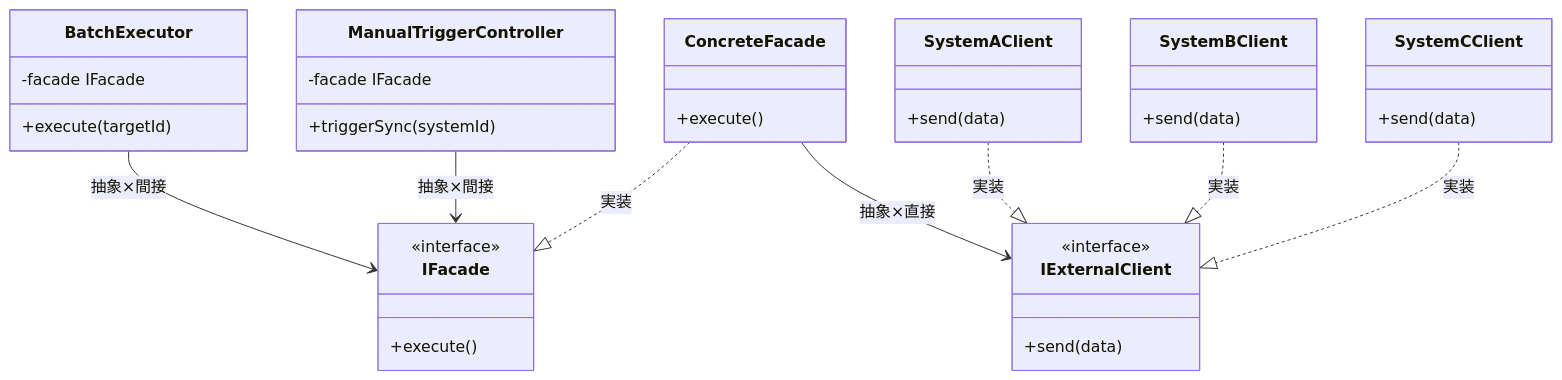
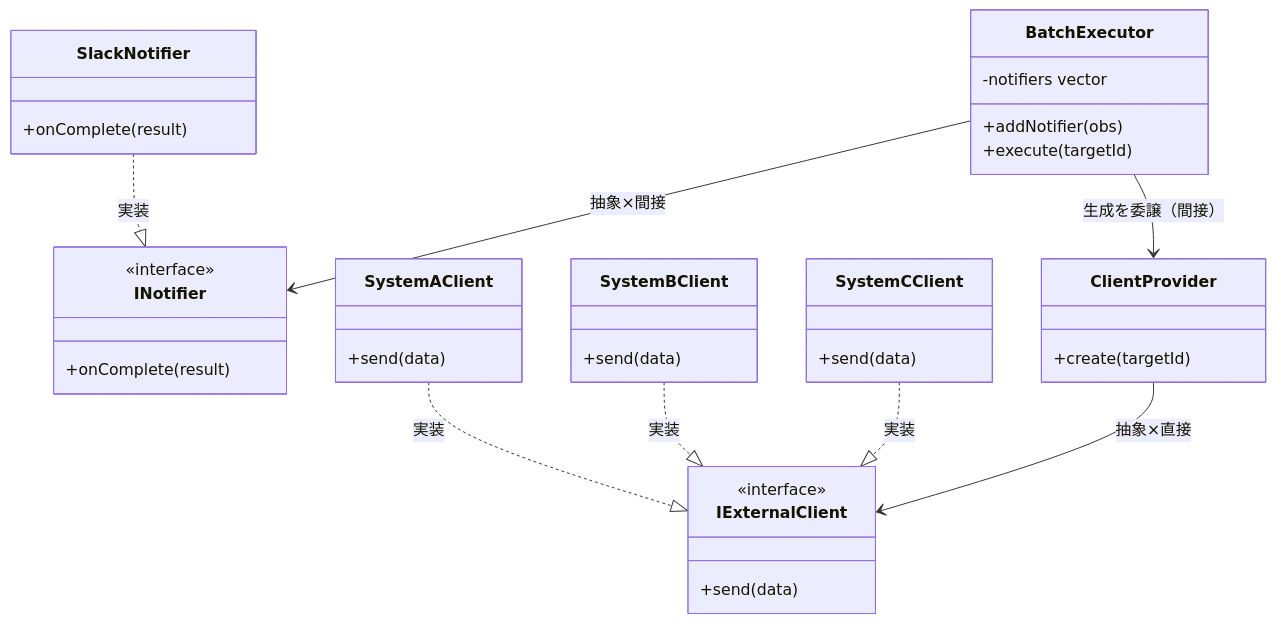
The seventh of 10 diagrams in kindle/design-patterns/output/chapter10.md (kumachan1101-pixel/DesignPattern), drawn with Mermaid before and after one commit. The commit also changed other lines of this file and 1 other file, not shown here.

````diff
--- a/kindle/design-patterns/output/chapter10.md
+++ b/kindle/design-patterns/output/chapter10.md
@@ -774,38 +774,38 @@
 ```mermaid
 classDiagram
-    class IFacade {
-        <<interface>>
-        +execute()
-    }
     class IExternalClient {
         <<interface>>
         +send(data)
     }
+    class INotifier {
+        <<interface>>
+        +onComplete(result)
+    }
     class BatchExecutor {
-        -facade IFacade
+        -notifiers vector
+        +addNotifier(obs)
         +execute(targetId)
     }
-    class ManualTriggerController {
-        -facade IFacade
-        +triggerSync(systemId)
-    }
-    class ConcreteFacade {
-        +execute()
+    class ClientProvider {
+        +create(targetId)
     }
     class SystemAClient {
         +send(data)
     }
     class SystemBClient {
         +send(data)
     }
     class SystemCClient {
         +send(data)
     }
-    ConcreteFacade ..|> IFacade : 実装
+    class SlackNotifier {
+        +onComplete(result)
+    }
     SystemAClient ..|> IExternalClient : 実装
     SystemBClient ..|> IExternalClient : 実装
     SystemCClient ..|> IExternalClient : 実装
-    BatchExecutor --> IFacade : 抽象×間接
-    ManualTriggerController --> IFacade : 抽象×間接
-    ConcreteFacade --> IExternalClient : 抽象×直接
+    SlackNotifier ..|> INotifier : 実装
+    BatchExecutor --> ClientProvider : 生成を委譲（間接）
+    BatchExecutor --> INotifier : 抽象×間接
+    ClientProvider --> IExternalClient : 抽象×直接
 ```
````
